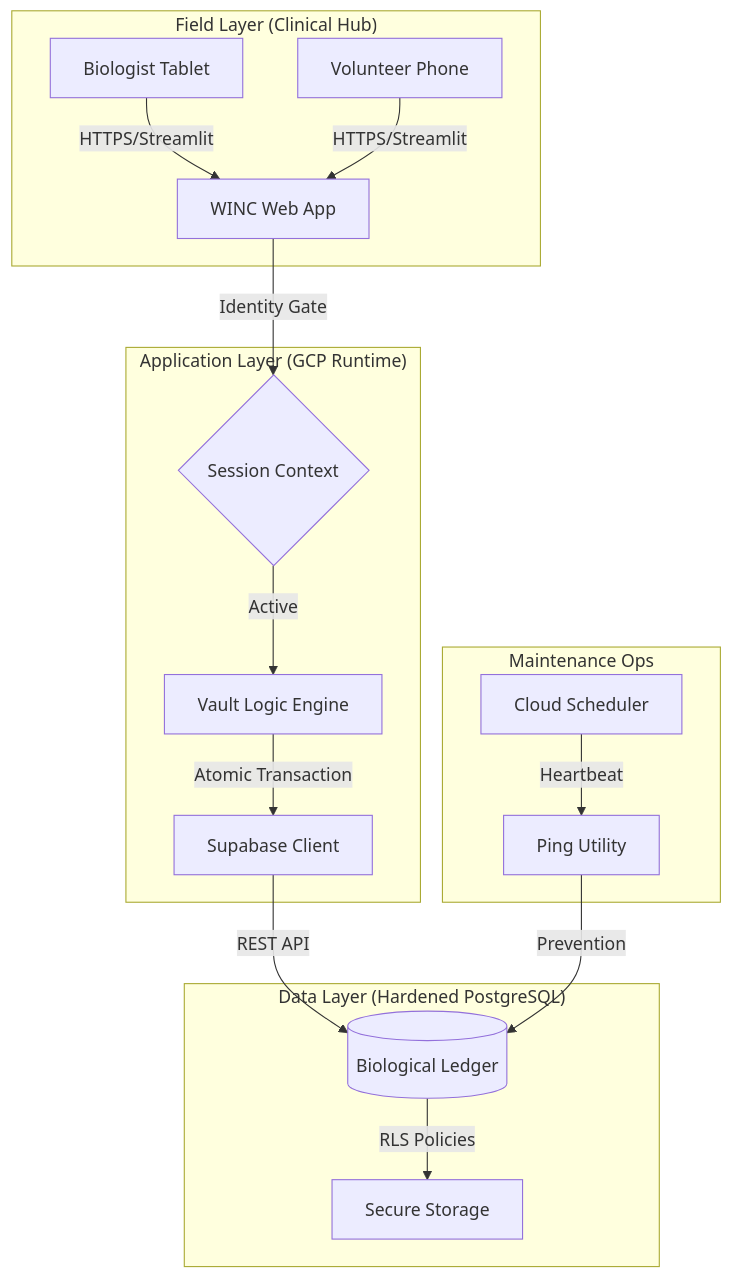
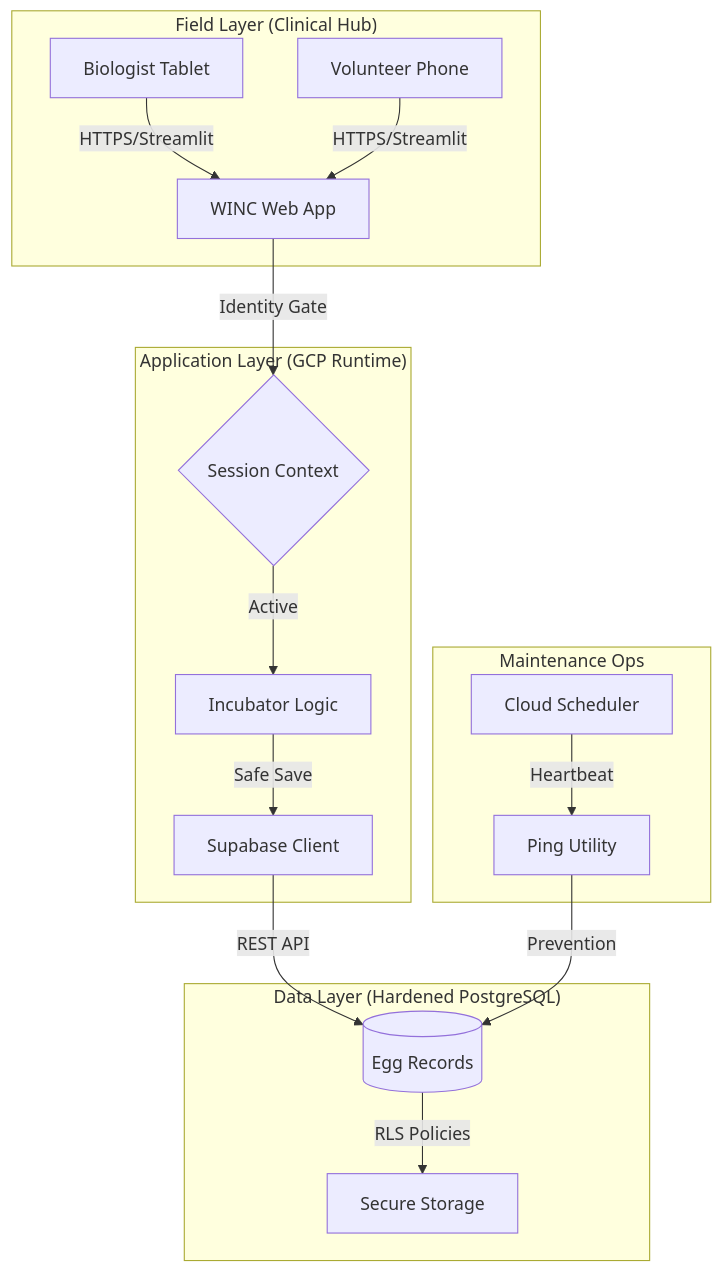
One commit to khowland/turtle-egg-incubator-vault changed the first of 4 diagrams in docs/design/SYSTEM_DESIGN_SPEC.md. Above: the diagram before and after it, drawn with Mermaid. The commit also changed other lines of this file and 8 other files, not shown here.

Commit message:
v8.1.3: Universal Terminology Purge. Replaced Vault/Ledger with Incubator/Records across all docs and UI for volunteer clarity.

````diff
--- a/docs/design/SYSTEM_DESIGN_SPEC.md
+++ b/docs/design/SYSTEM_DESIGN_SPEC.md
@@ -7,23 +7,23 @@
 ```mermaid
 graph TD
     subgraph "Field Layer (Clinical Hub)"
         A[Biologist Tablet] -- "HTTPS/Streamlit" --> B[WINC Web App]
         A2[Volunteer Phone] -- "HTTPS/Streamlit" --> B
     end
 
     subgraph "Application Layer (GCP Runtime)"
         B -- "Identity Gate" --> C{Session Context}
-        C -- "Active" --> D[Vault Logic Engine]
-        D -- "Atomic Transaction" --> E[Supabase Client]
+        C -- "Active" --> D[Incubator Logic]
+        D -- "Safe Save" --> E[Supabase Client]
     end
 
     subgraph "Data Layer (Hardened PostgreSQL)"
-        E -- "REST API" --> F[(Biological Ledger)]
+        E -- "REST API" --> F[(Egg Records)]
         F -- "RLS Policies" --> G[Secure Storage]
     end
 
     subgraph "Maintenance Ops"
         H[Cloud Scheduler] -- "Heartbeat" --> I[Ping Utility]
         I -- "Prevention" --> F
     end
 ```
````
